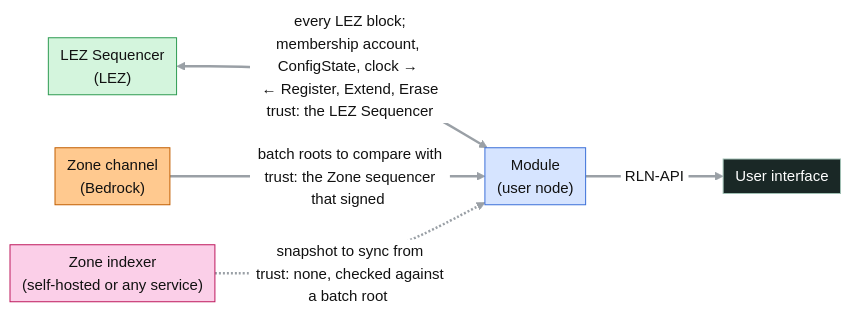
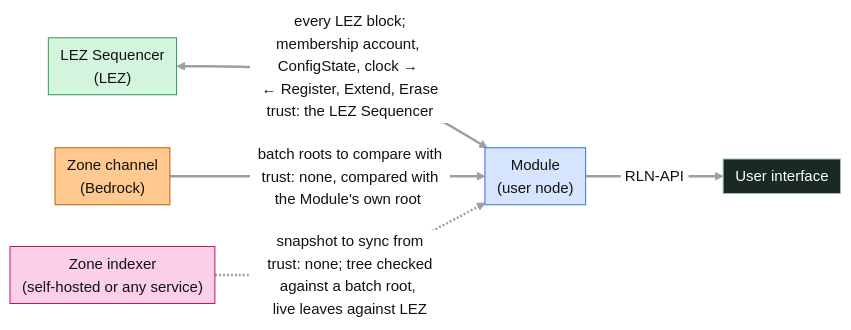
One commit to logos-co/logos-rln-membership-zone changed the fifth of 5 diagrams in docs/rfc-rln-membership-zone.md. Above: the diagram before and after it, drawn with Mermaid. The commit also changed other lines of this file, not shown here.

````diff
--- a/docs/rfc-rln-membership-zone.md
+++ b/docs/rfc-rln-membership-zone.md
@@ -463,20 +465,20 @@
 ```mermaid
 %%{init: {"theme": "base", "flowchart": {"curve": "basis", "nodeSpacing": 40, "rankSpacing": 70, "padding": 6, "wrappingWidth": 400}, "themeVariables": {"lineColor": "#9aa0a6", "primaryTextColor": "#111111", "edgeLabelBackground": "#ffffff", "fontSize": "15px"}, "themeCSS": "marker { overflow: visible; } .arrowMarkerPath { transform: scale(1.7); transform-origin: 5px 5px; } .edgeLabel, .edgeLabel p, .edgeLabel span { font-size: 12px; line-height: 1.2; }"}}%%
 flowchart LR
     LSEQ["LEZ Sequencer<br/>(LEZ)"] <-->|"#nbsp;every LEZ block; membership account, ConfigState, clock →#nbsp;<br/>#nbsp;← Register, Extend, Erase#nbsp;<br/>#nbsp;trust: the LEZ Sequencer#nbsp;"| MOD["Module<br/>(user node)"]
-    ZCH["Zone channel<br/>(Bedrock)"] -->|"#nbsp;batch roots to compare with#nbsp;<br/>#nbsp;trust: the Zone sequencer that signed#nbsp;"| MOD
-    IDX["Zone indexer<br/>(self-hosted or any service)"] -.->|"#nbsp;snapshot to sync from#nbsp;<br/>#nbsp;trust: none, checked against a batch root#nbsp;"| MOD
+    ZCH["Zone channel<br/>(Bedrock)"] -->|"#nbsp;batch roots to compare with#nbsp;<br/>#nbsp;trust: none, compared with the Module's own root#nbsp;"| MOD
+    IDX["Zone indexer<br/>(self-hosted or any service)"] -.->|"#nbsp;snapshot to sync from#nbsp;<br/>#nbsp;trust: none; tree checked against a batch root,#nbsp;<br/>#nbsp;live leaves against LEZ#nbsp;"| MOD
     MOD -->|"#nbsp;RLN-API#nbsp;"| APP["User interface"]
     linkStyle default stroke-width:2.5px
 
     classDef ui fill:#1a2826,stroke:#9fbfb3,color:#ffffff
     classDef user fill:#d6e4ff,stroke:#3b6fd8,color:#111111
     classDef lez fill:#d4f5dd,stroke:#2e9b52,color:#111111
     classDef l1 fill:#ffc98f,stroke:#c25e00,color:#111111
     classDef zone fill:#fbcfe8,stroke:#be185d,color:#111111
     class APP ui
     class MOD user
     class LSEQ lez
     class ZCH l1
     class IDX zone
 ```
````
